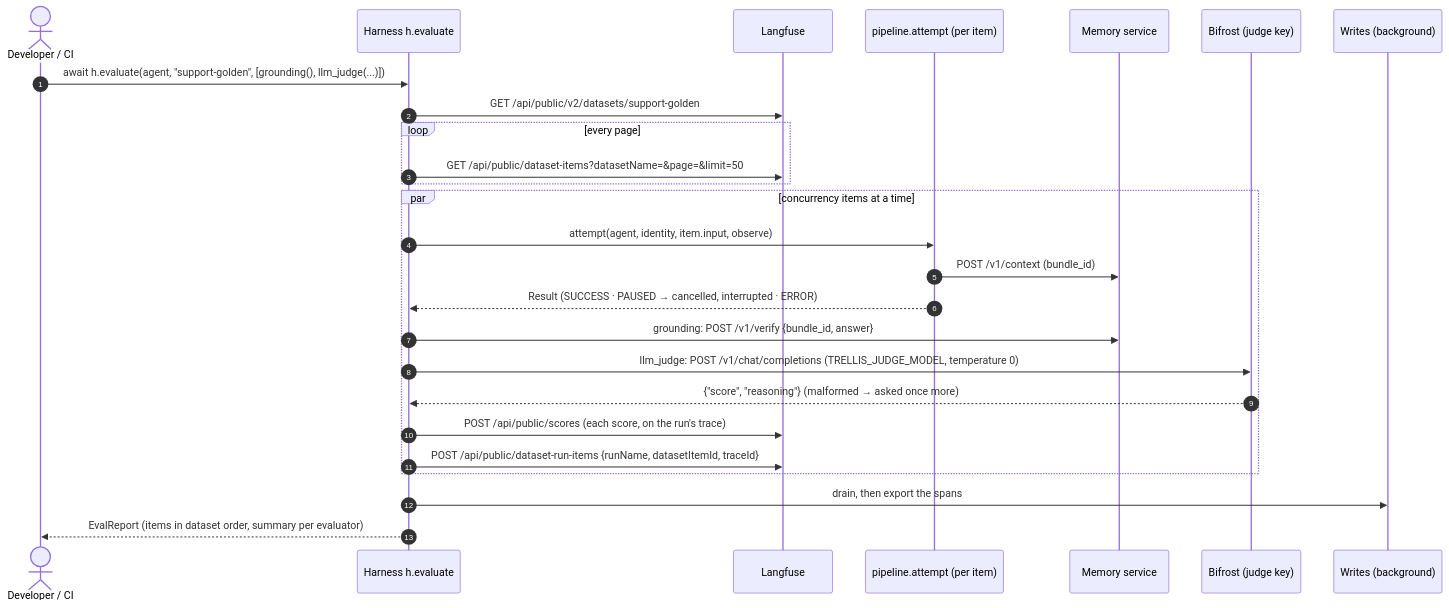
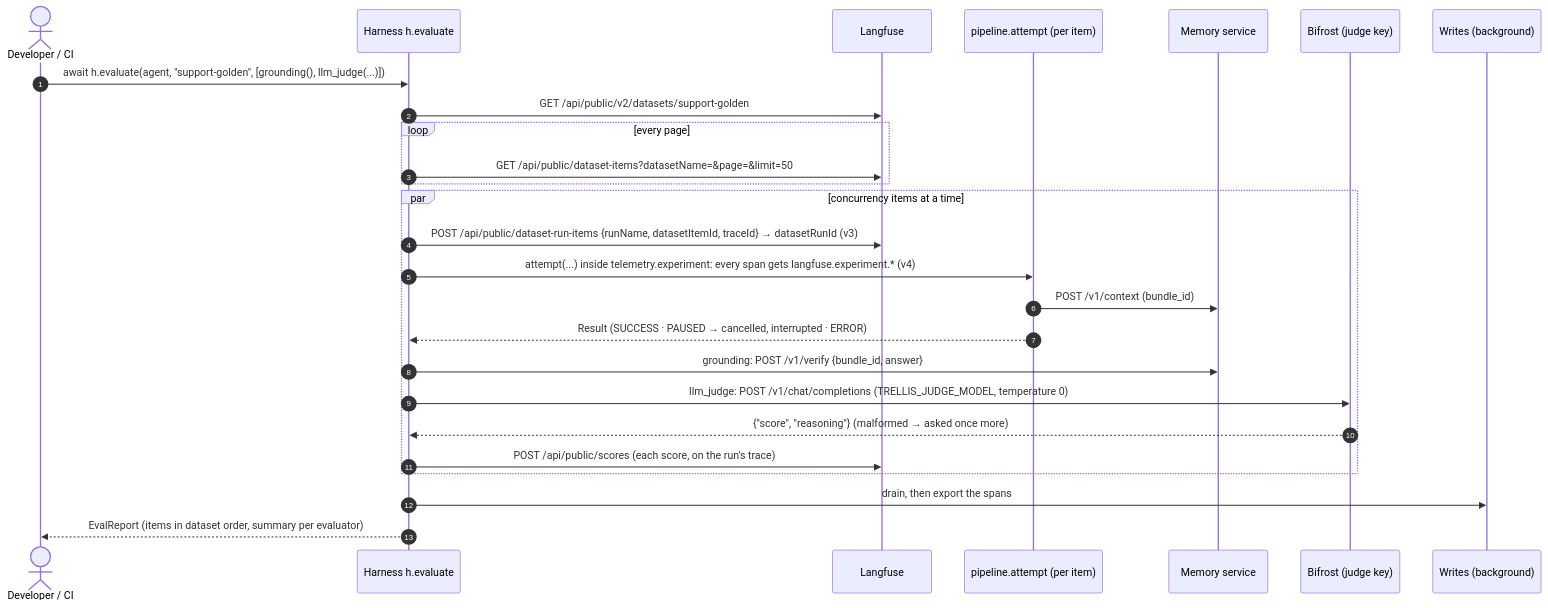
Before and after one commit to amitmohapatra/agent-harness: the seventh of 10 diagrams in ARCHITECTURE.md, drawn with Mermaid. The commit also changed other lines of this file and 6 other files, not shown here.

````diff
--- a/ARCHITECTURE.md
+++ b/ARCHITECTURE.md
@@ -396,29 +396,29 @@
 ```mermaid
 sequenceDiagram
   autonumber
   actor Dev as Developer / CI
   participant H as Harness h.evaluate
   participant LF as Langfuse
   participant P as pipeline.attempt (per item)
   participant Mem as Memory service
   participant GW as Bifrost (judge key)
   participant W as Writes (background)
 
   Dev->>H: await h.evaluate(agent, "support-golden", [grounding(), llm_judge(...)])
   H->>LF: GET /api/public/v2/datasets/support-golden
   loop every page
     H->>LF: GET /api/public/dataset-items?datasetName=&page=&limit=50
   end
   par concurrency items at a time
-    H->>P: attempt(agent, identity, item.input, observe)
+    H->>LF: POST /api/public/dataset-run-items {runName, datasetItemId, traceId} → datasetRunId (v3)
+    H->>P: attempt(...) inside telemetry.experiment: every span gets langfuse.experiment.* (v4)
     P->>Mem: POST /v1/context (bundle_id)
     P-->>H: Result (SUCCESS · PAUSED → cancelled, interrupted · ERROR)
     H->>Mem: grounding: POST /v1/verify {bundle_id, answer}
     H->>GW: llm_judge: POST /v1/chat/completions (TRELLIS_JUDGE_MODEL, temperature 0)
     GW-->>H: {"score", "reasoning"} (malformed → asked once more)
     H->>LF: POST /api/public/scores (each score, on the run's trace)
-    H->>LF: POST /api/public/dataset-run-items {runName, datasetItemId, traceId}
   end
   H->>W: drain, then export the spans
   H-->>Dev: EvalReport (items in dataset order, summary per evaluator)
 ```
````
